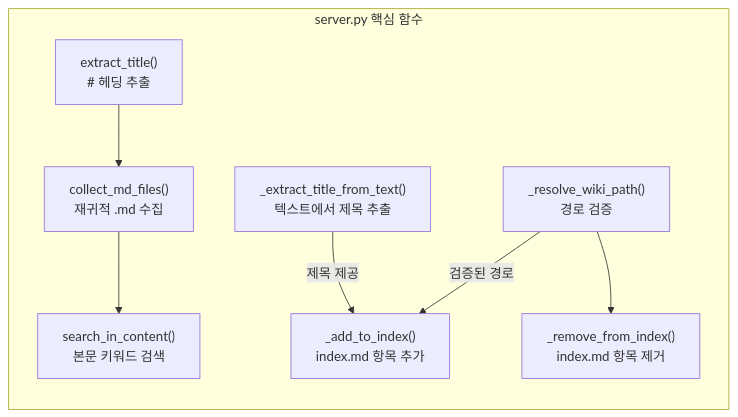
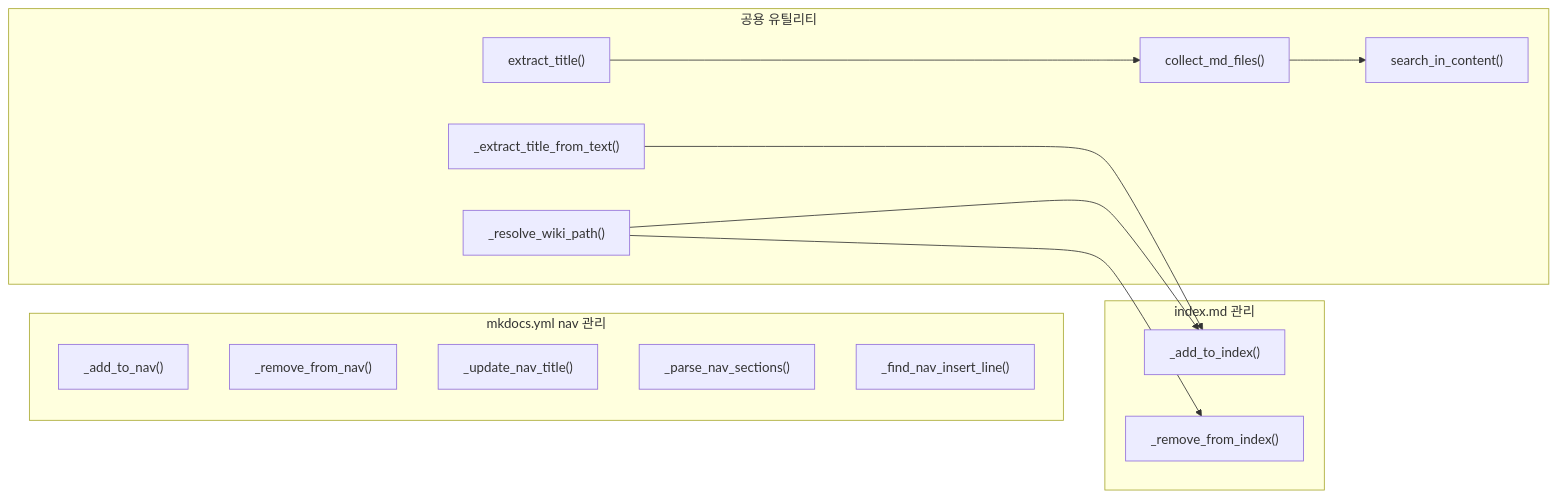
The fifth of 8 diagrams in docs/projects/wiki-mcp.md (icarus-inte01/wiki), drawn with Mermaid before and after one commit. The commit also changed other lines of this file, not shown here.

First line of the commit message:
docs: update wiki-mcp design doc with mkdocs.yml nav management

````diff
--- a/docs/projects/wiki-mcp.md
+++ b/docs/projects/wiki-mcp.md
@@ -215,18 +218,27 @@
 ```mermaid
 flowchart LR
-    subgraph CORE["server.py 핵심 함수"]
-        EX["extract_title()<br/># 헤딩 추출"]
-        EXT["_extract_title_from_text()<br/>텍스트에서 제목 추출"]
-        COL["collect_md_files()<br/>재귀적 .md 수집"]
-        SRCH["search_in_content()<br/>본문 키워드 검색"]
-        RES["_resolve_wiki_path()<br/>경로 검증"]
-        ADD["_add_to_index()<br/>index.md 항목 추가"]
-        REM["_remove_from_index()<br/>index.md 항목 제거"]
+    subgraph IDX["index.md 관리"]
+        IDX1["_add_to_index()"]
+        IDX2["_remove_from_index()"]
+    end
+    subgraph NAV["mkdocs.yml nav 관리"]
+        NAV1["_add_to_nav()"]
+        NAV2["_remove_from_nav()"]
+        NAV3["_update_nav_title()"]
+        NAV4["_parse_nav_sections()"]
+        NAV5["_find_nav_insert_line()"]
+    end
+    subgraph CORE["공용 유틸리티"]
+        EX["extract_title()"]
+        EXT["_extract_title_from_text()"]
+        COL["collect_md_files()"]
+        SRCH["search_in_content()"]
+        RES["_resolve_wiki_path()"]
     end
 
     EX --> COL
-    EXT -->|"제목 제공"| ADD
+    EXT --> IDX1
     COL --> SRCH
-    RES -->|"검증된 경로"| ADD
-    RES --> REM
+    RES --> IDX1
+    RES --> IDX2
 ```
````
